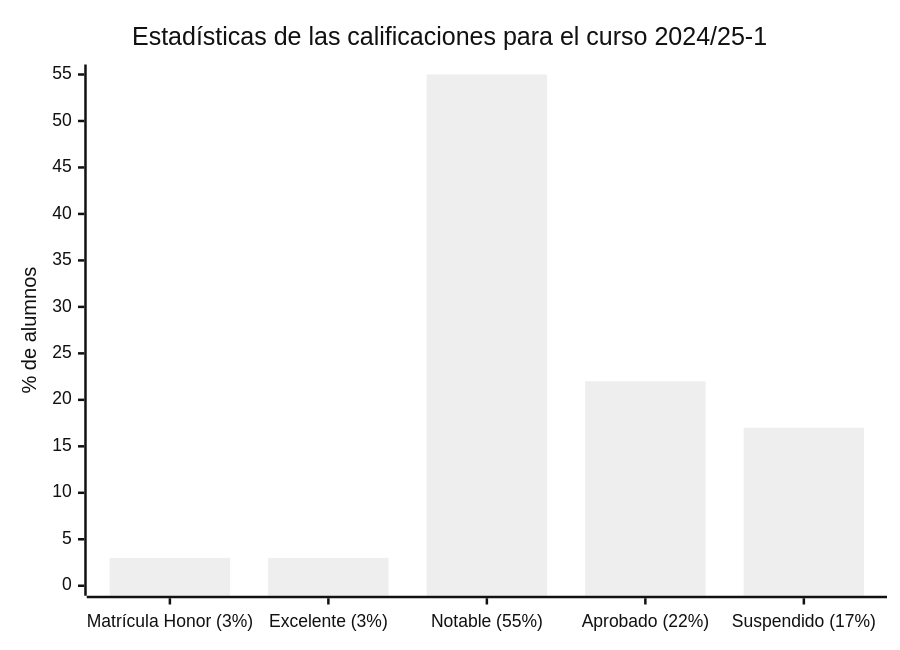
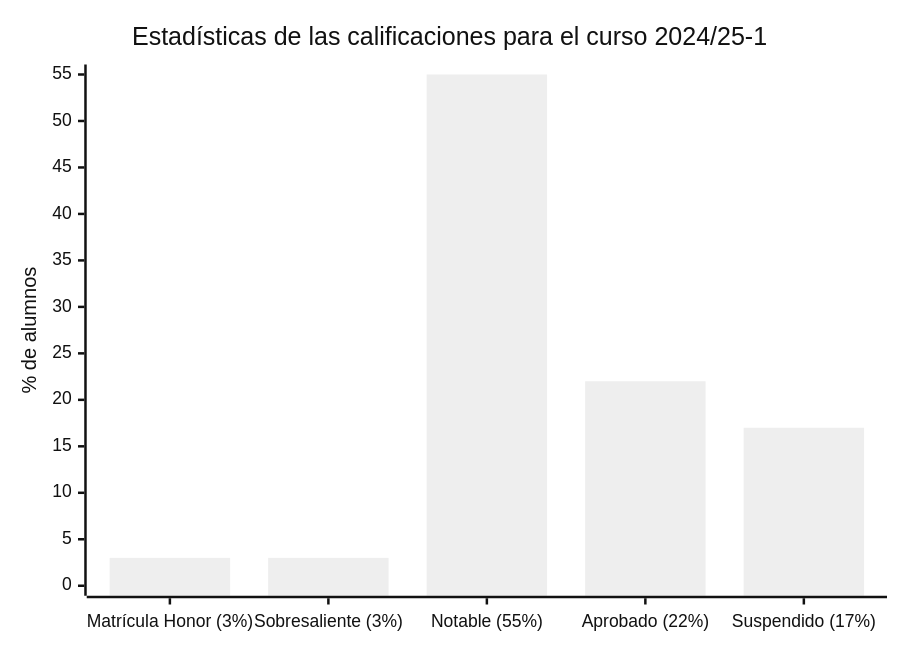
The diagram in competencia_comunicativa_para_profesionales_de_las_tic/README.md (HenestrosaDev/uoc-ingenieria-informatica), drawn with Mermaid (neutral theme) before and after one commit. The commit also changed other lines of this file and 3 other files, not shown here.

````diff
--- a/competencia_comunicativa_para_profesionales_de_las_tic/README.md
+++ b/competencia_comunicativa_para_profesionales_de_las_tic/README.md
@@ -12,7 +12,7 @@
 ```mermaid
 xychart-beta
 		title "Estadísticas de las calificaciones para el curso 2024/25-1"
-		x-axis ["Matrícula Honor (3%)", "Excelente (3%)", "Notable (55%)", "Aprobado (22%)", "Suspendido (17%)"]
+		x-axis ["Matrícula Honor (3%)", "Sobresaliente (3%)", "Notable (55%)", "Aprobado (22%)", "Suspendido (17%)"]
 		y-axis "% de alumnos" 0 --> 55
 		bar [3, 3, 55, 22, 17]
 ```
````
